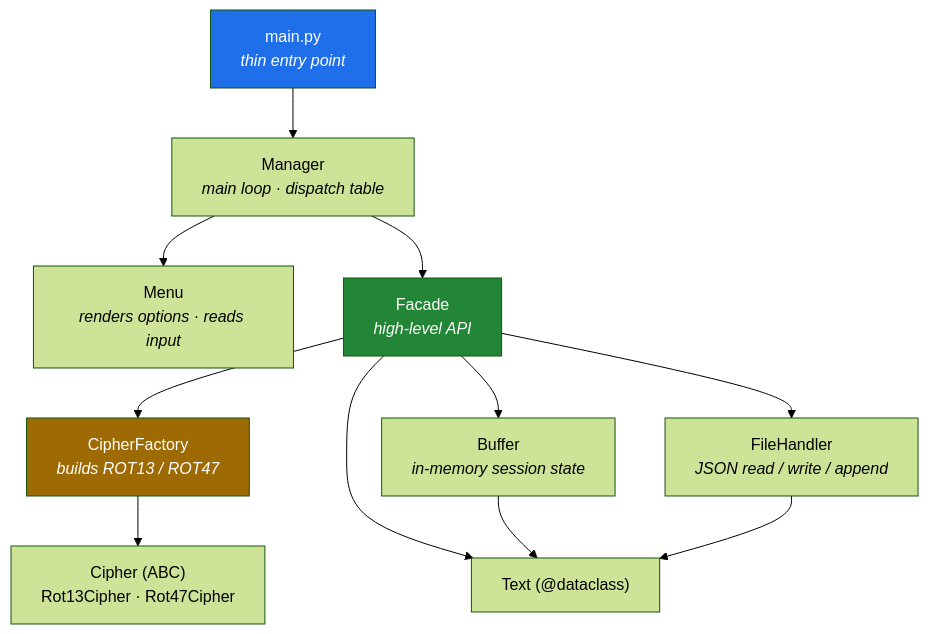
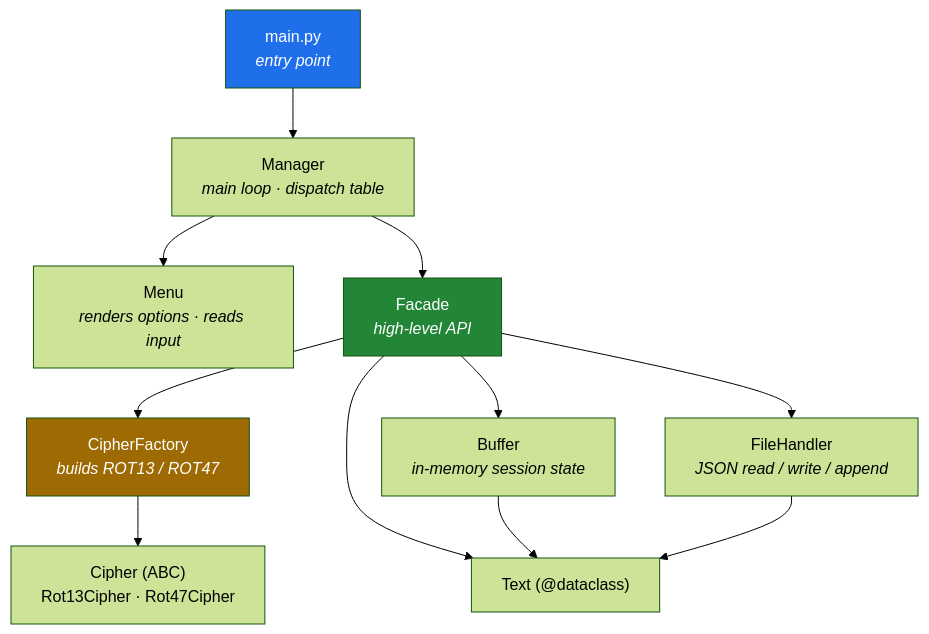
One commit to Robert-Stachowski/cipher changed the diagram in README.md. Above: the diagram before and after it, drawn with Mermaid (forest theme). The commit also changed other lines of this file and 1 other file, not shown here.

````diff
--- a/README.md
+++ b/README.md
@@ -56,17 +37,17 @@
 ```mermaid
 flowchart TD
-    A["main.py<br/><i>thin entry point</i>"] --> B["Manager<br/><i>main loop · dispatch table</i>"]
+    A["main.py<br/><i>entry point</i>"] --> B["Manager<br/><i>main loop · dispatch table</i>"]
     B --> M["Menu<br/><i>renders options · reads input</i>"]
     B --> F["Facade<br/><i>high-level API</i>"]
     F --> C["CipherFactory<br/><i>builds ROT13 / ROT47</i>"]
     F --> BUF["Buffer<br/><i>in-memory session state</i>"]
     F --> S["FileHandler<br/><i>JSON read / write / append</i>"]
     C --> CIP["Cipher (ABC)<br/>Rot13Cipher · Rot47Cipher"]
     F --> T["Text (@dataclass)"]
     BUF --> T
     S --> T
 
     style A fill:#1f6feb,color:#fff
     style F fill:#238636,color:#fff
     style C fill:#9e6a03,color:#fff
 ```
````
